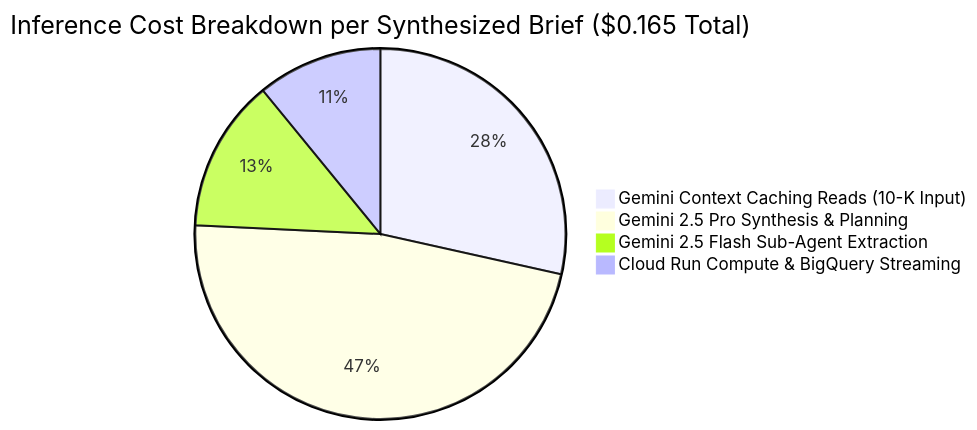
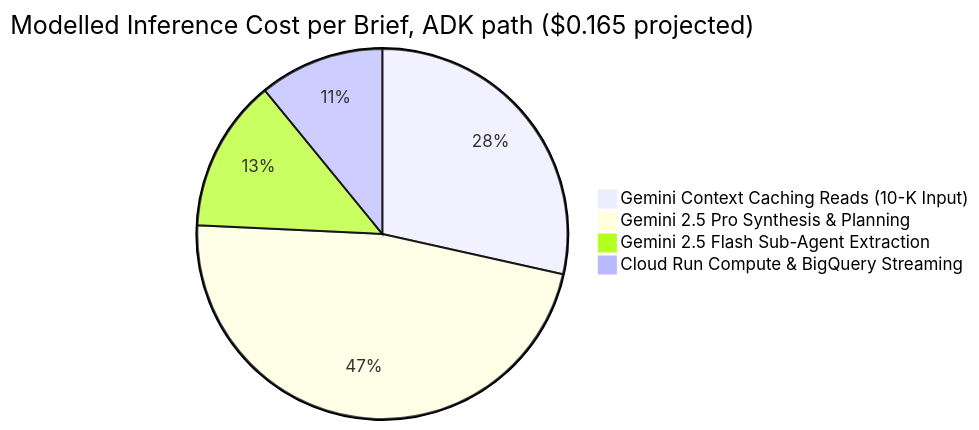
Before and after one commit to Ignotus-21/Finance-Agent---Investment-Research-Agent: the first of 2 diagrams in docs/cost_and_token_analysis.md, drawn with Mermaid. The commit also changed other lines of this file and 19 other files, not shown here.

````diff
--- a/docs/cost_and_token_analysis.md
+++ b/docs/cost_and_token_analysis.md
@@ -23,7 +49,7 @@
 ```mermaid
-pie title Inference Cost Breakdown per Synthesized Brief ($0.165 Total)
+pie title Modelled Inference Cost per Brief, ADK path ($0.165 projected)
     "Gemini Context Caching Reads (10-K Input)" : 0.047
     "Gemini 2.5 Pro Synthesis & Planning" : 0.078
     "Gemini 2.5 Flash Sub-Agent Extraction" : 0.022
     "Cloud Run Compute & BigQuery Streaming" : 0.018
 ```
````
